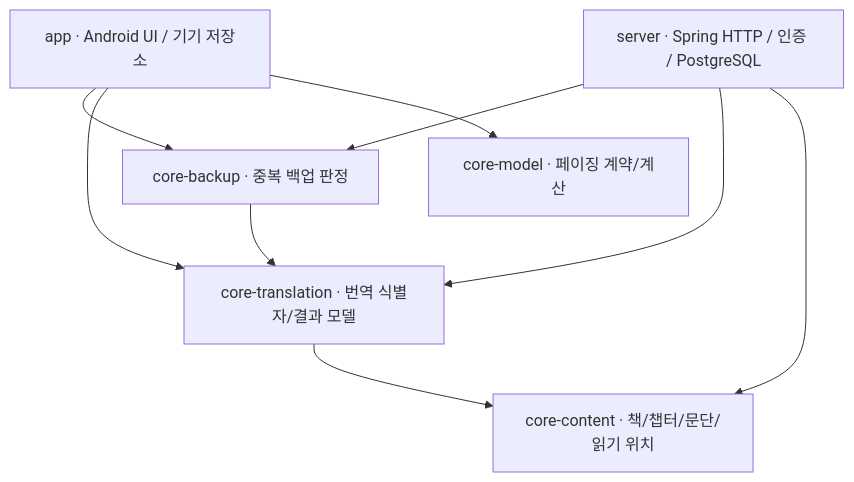
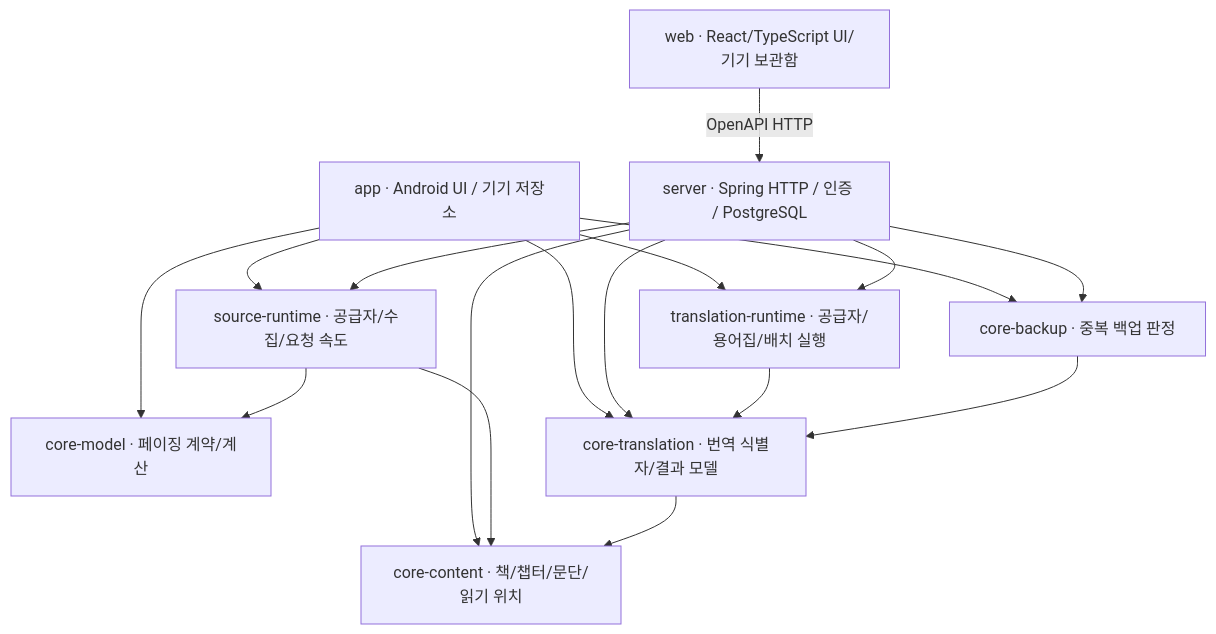
One commit to gongdongho12/PageTuner changed the diagram in docs/APP_SERVER_CORE_SEPARATION.md. Above: the diagram before and after it, drawn with Mermaid. The commit also changed other lines of this file and 50 other files, not shown here.

Commit message:
feat(server): add durable novel translation jobs and reader accounts

````diff
--- a/docs/APP_SERVER_CORE_SEPARATION.md
+++ b/docs/APP_SERVER_CORE_SEPARATION.md
@@ -11,11 +22,19 @@
 ```mermaid
 flowchart TD
     APP["app · Android UI / 기기 저장소"] --> MODEL["core-model · 페이징 계약/계산"]
     APP --> TRANSLATION["core-translation · 번역 식별자/결과 모델"]
     APP --> BACKUP["core-backup · 중복 백업 판정"]
+    APP --> SOURCE_RUNTIME["source-runtime · 공급자/수집/요청 속도"]
+    APP --> TRANSLATION_RUNTIME["translation-runtime · 공급자/용어집/배치 실행"]
+    WEB["web · React/TypeScript UI/기기 보관함"] -->|"OpenAPI HTTP"| SERVER
     SERVER["server · Spring HTTP / 인증 / PostgreSQL"] --> CONTENT["core-content · 책/챕터/문단/읽기 위치"]
     SERVER --> TRANSLATION
     SERVER --> BACKUP
+    SERVER --> SOURCE_RUNTIME
+    SERVER --> TRANSLATION_RUNTIME
+    SOURCE_RUNTIME --> CONTENT
+    SOURCE_RUNTIME --> MODEL
+    TRANSLATION_RUNTIME --> TRANSLATION
     BACKUP --> TRANSLATION
     TRANSLATION --> CONTENT
 ```
````
